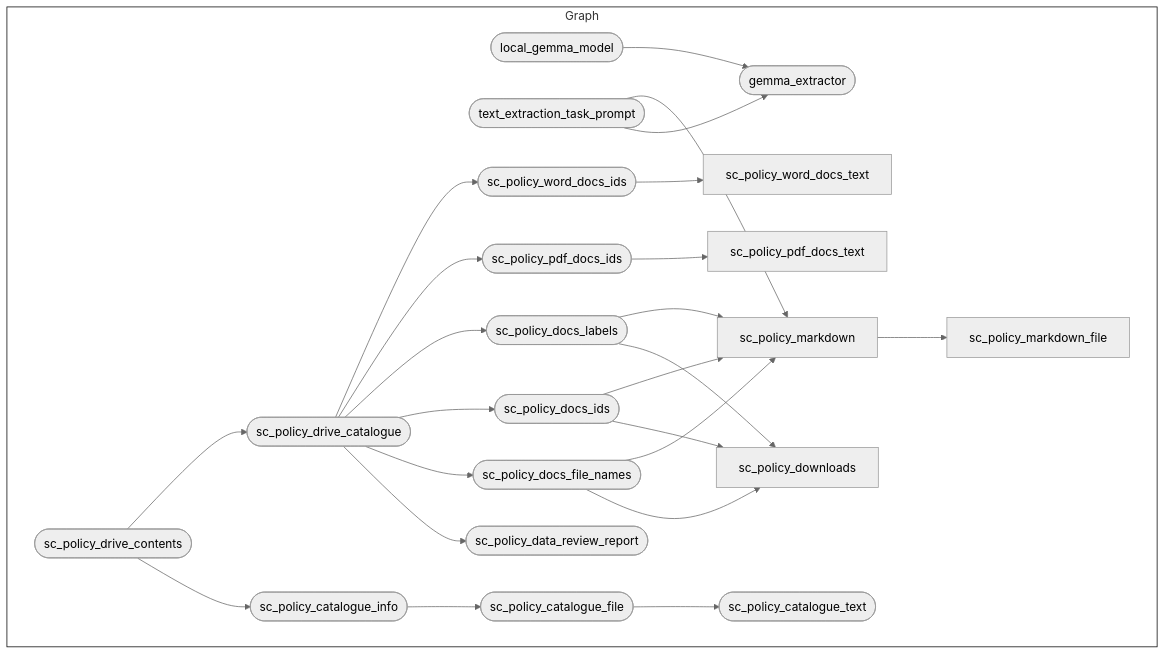
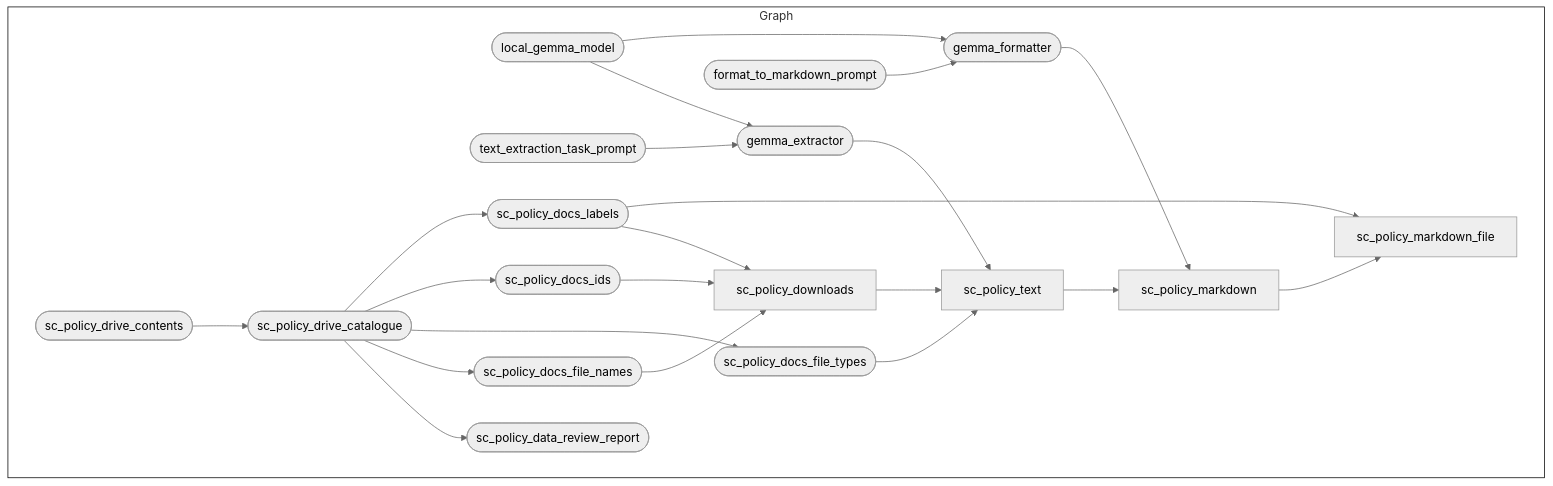
The diagram in README.md (OxfordIHTM/seypol), drawn with Mermaid (neutral theme) before and after one commit. The commit also changed other lines of this file and 138 other files, not shown here.

````diff
--- a/README.md
+++ b/README.md
@@ -123,30 +208,28 @@
 ``` mermaid
 graph LR
   style Graph fill:#FFFFFF00,stroke:#000000;
   subgraph Graph
     direction LR
-    xba597cd142706396(["local_gemma_model"]):::outdated --> xbdacf1efe57d11ba(["gemma_extractor"]):::outdated
-    x1b466685f9e11517(["text_extraction_task_prompt"]):::uptodate --> xbdacf1efe57d11ba(["gemma_extractor"]):::outdated
-    x8d6cb232693ec2bd(["sc_policy_catalogue_info"]):::outdated --> x463e9687a755ea1f(["sc_policy_catalogue_file"]):::outdated
-    x5e7ccb22ceeee8bc(["sc_policy_drive_contents"]):::outdated --> x8d6cb232693ec2bd(["sc_policy_catalogue_info"]):::outdated
-    x463e9687a755ea1f(["sc_policy_catalogue_file"]):::outdated --> x762e8a6370ff7286(["sc_policy_catalogue_text"]):::outdated
-    xd2d008f1c464dae2(["sc_policy_drive_catalogue"]):::dispatched --> x0213d3acdfc48626(["sc_policy_data_review_report"]):::outdated
-    xd2d008f1c464dae2(["sc_policy_drive_catalogue"]):::dispatched --> xa5e9820ec774cf1f(["sc_policy_docs_file_names"]):::outdated
-    xd2d008f1c464dae2(["sc_policy_drive_catalogue"]):::dispatched --> x8d87fc6cc54523e3(["sc_policy_docs_ids"]):::outdated
-    xd2d008f1c464dae2(["sc_policy_drive_catalogue"]):::dispatched --> x7ef01fbef9fccbbe(["sc_policy_docs_labels"]):::outdated
-    xa5e9820ec774cf1f(["sc_policy_docs_file_names"]):::outdated --> x8572be3fb16caa03["sc_policy_downloads"]:::outdated
-    x8d87fc6cc54523e3(["sc_policy_docs_ids"]):::outdated --> x8572be3fb16caa03["sc_policy_downloads"]:::outdated
-    x7ef01fbef9fccbbe(["sc_policy_docs_labels"]):::outdated --> x8572be3fb16caa03["sc_policy_downloads"]:::outdated
-    x5e7ccb22ceeee8bc(["sc_policy_drive_contents"]):::outdated --> xd2d008f1c464dae2(["sc_policy_drive_catalogue"]):::dispatched
-    x8d87fc6cc54523e3(["sc_policy_docs_ids"]):::outdated --> x044b00013eb39812["sc_policy_markdown"]:::outdated
-    xa5e9820ec774cf1f(["sc_policy_docs_file_names"]):::outdated --> x044b00013eb39812["sc_policy_markdown"]:::outdated
-    x1b466685f9e11517(["text_extraction_task_prompt"]):::uptodate --> x044b00013eb39812["sc_policy_markdown"]:::outdated
-    x7ef01fbef9fccbbe(["sc_policy_docs_labels"]):::outdated --> x044b00013eb39812["sc_policy_markdown"]:::outdated
-    x044b00013eb39812["sc_policy_markdown"]:::outdated --> xbd612e9dc82447c3["sc_policy_markdown_file"]:::outdated
-    xd2d008f1c464dae2(["sc_policy_drive_catalogue"]):::dispatched --> x8905c86b68f40ec5(["sc_policy_pdf_docs_ids"]):::outdated
-    x8905c86b68f40ec5(["sc_policy_pdf_docs_ids"]):::outdated --> xd96542c0567331d8["sc_policy_pdf_docs_text"]:::outdated
-    xd2d008f1c464dae2(["sc_policy_drive_catalogue"]):::dispatched --> xc74dba881a897b12(["sc_policy_word_docs_ids"]):::outdated
-    xc74dba881a897b12(["sc_policy_word_docs_ids"]):::outdated --> xa6ac053d07a1ae95["sc_policy_word_docs_text"]:::outdated
+    xba597cd142706396(["local_gemma_model"]):::uptodate --> xbdacf1efe57d11ba(["gemma_extractor"]):::outdated
+    x1b466685f9e11517(["text_extraction_task_prompt"]):::outdated --> xbdacf1efe57d11ba(["gemma_extractor"]):::outdated
+    x6390f6fe62a59357(["format_to_markdown_prompt"]):::outdated --> x27176b5902005e16(["gemma_formatter"]):::outdated
+    xba597cd142706396(["local_gemma_model"]):::uptodate --> x27176b5902005e16(["gemma_formatter"]):::outdated
+    xd2d008f1c464dae2(["sc_policy_drive_catalogue"]):::uptodate --> x0213d3acdfc48626(["sc_policy_data_review_report"]):::outdated
+    xd2d008f1c464dae2(["sc_policy_drive_catalogue"]):::uptodate --> xa5e9820ec774cf1f(["sc_policy_docs_file_names"]):::uptodate
+    xd2d008f1c464dae2(["sc_policy_drive_catalogue"]):::uptodate --> x8d9f0267e7819a0e(["sc_policy_docs_file_types"]):::uptodate
+    xd2d008f1c464dae2(["sc_policy_drive_catalogue"]):::uptodate --> x8d87fc6cc54523e3(["sc_policy_docs_ids"]):::uptodate
+    xd2d008f1c464dae2(["sc_policy_drive_catalogue"]):::uptodate --> x7ef01fbef9fccbbe(["sc_policy_docs_labels"]):::uptodate
+    xa5e9820ec774cf1f(["sc_policy_docs_file_names"]):::uptodate --> x8572be3fb16caa03["sc_policy_downloads"]:::uptodate
+    x7ef01fbef9fccbbe(["sc_policy_docs_labels"]):::uptodate --> x8572be3fb16caa03["sc_policy_downloads"]:::uptodate
+    x8d87fc6cc54523e3(["sc_policy_docs_ids"]):::uptodate --> x8572be3fb16caa03["sc_policy_downloads"]:::uptodate
+    x5e7ccb22ceeee8bc(["sc_policy_drive_contents"]):::uptodate --> xd2d008f1c464dae2(["sc_policy_drive_catalogue"]):::uptodate
+    x27176b5902005e16(["gemma_formatter"]):::outdated --> x044b00013eb39812["sc_policy_markdown"]:::dispatched
+    xcbe4f4b8121299bb["sc_policy_text"]:::outdated --> x044b00013eb39812["sc_policy_markdown"]:::dispatched
+    x7ef01fbef9fccbbe(["sc_policy_docs_labels"]):::uptodate --> xbd612e9dc82447c3["sc_policy_markdown_file"]:::outdated
+    x044b00013eb39812["sc_policy_markdown"]:::dispatched --> xbd612e9dc82447c3["sc_policy_markdown_file"]:::outdated
+    xbdacf1efe57d11ba(["gemma_extractor"]):::outdated --> xcbe4f4b8121299bb["sc_policy_text"]:::outdated
+    x8d9f0267e7819a0e(["sc_policy_docs_file_types"]):::uptodate --> xcbe4f4b8121299bb["sc_policy_text"]:::outdated
+    x8572be3fb16caa03["sc_policy_downloads"]:::uptodate --> xcbe4f4b8121299bb["sc_policy_text"]:::outdated
     
   end
 ```
````
